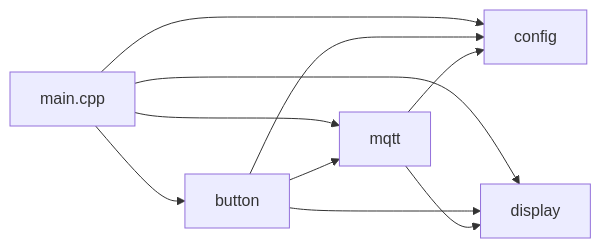
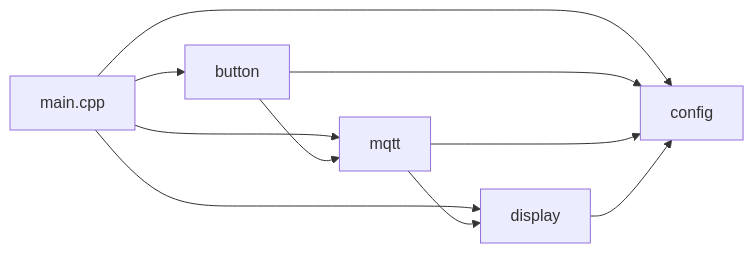
Before and after one commit to EyJunge1/chaya2mqtt: the first of 4 diagrams in docs/ARCHITECTURE.md, drawn with Mermaid. The commit also changed other lines of this file and 7 other files, not shown here.

````diff
--- a/docs/ARCHITECTURE.md
+++ b/docs/ARCHITECTURE.md
@@ -18,18 +18,18 @@
 ```mermaid
 flowchart LR
     main[main.cpp]
     cfg[config]
     dsp[display]
     mq[mqtt]
     btn[button]
 
     main --> cfg
     main --> dsp
     main --> mq
     main --> btn
     btn --> cfg
-    btn --> dsp
     btn --> mq
     mq --> cfg
     mq --> dsp
+    dsp --> cfg
 ```
````
